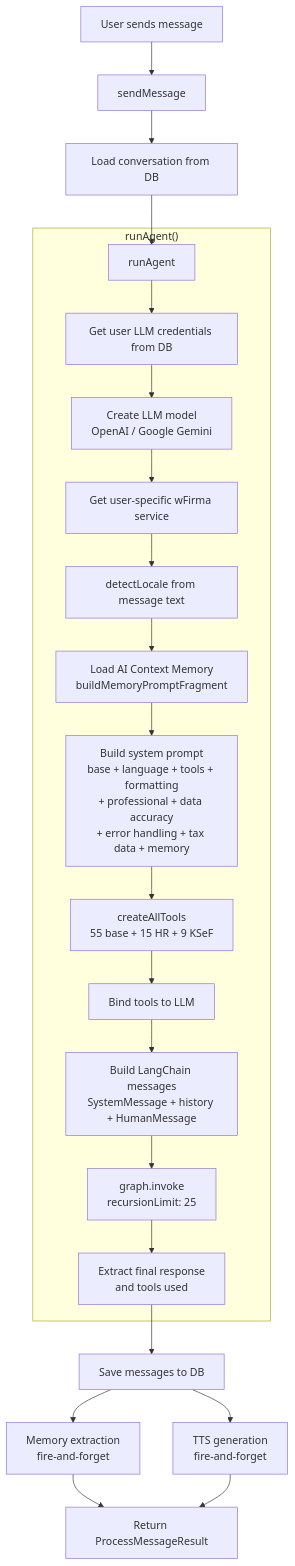
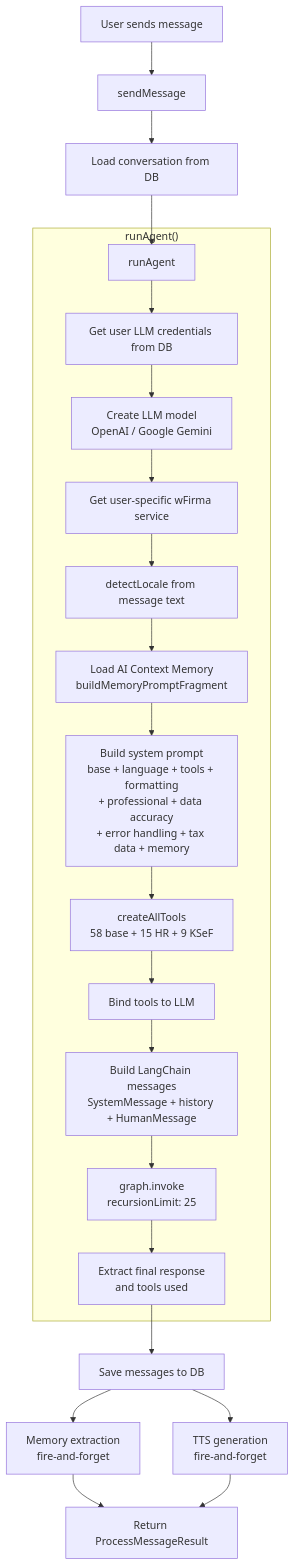
One commit to JealousyM/accounting-ai-agent changed the second of 3 diagrams in docs/AI_AGENTS.md. Above: the diagram before and after it, drawn with Mermaid. The commit also changed other lines of this file and 8 other files, not shown here.

````diff
--- a/docs/AI_AGENTS.md
+++ b/docs/AI_AGENTS.md
@@ -98,26 +98,26 @@
 ```mermaid
 flowchart TD
     A[User sends message] --> B[sendMessage]
     B --> C[Load conversation from DB]
     C --> D[runAgent]
 
     subgraph runAgent ["runAgent()"]
         D --> E[Get user LLM credentials from DB]
         E --> F[Create LLM model<br/>OpenAI / Google Gemini]
         F --> G[Get user-specific wFirma service]
         G --> H[detectLocale from message text]
         H --> I[Load AI Context Memory<br/>buildMemoryPromptFragment]
         I --> J[Build system prompt<br/>base + language + tools + formatting<br/>+ professional + data accuracy<br/>+ error handling + tax data + memory]
-        J --> K[createAllTools<br/>55 base + 15 HR + 9 KSeF]
+        J --> K[createAllTools<br/>58 base + 15 HR + 9 KSeF]
         K --> L[Bind tools to LLM]
         L --> M[Build LangChain messages<br/>SystemMessage + history + HumanMessage]
         M --> N[graph.invoke<br/>recursionLimit: 25]
         N --> O[Extract final response<br/>and tools used]
     end
 
     O --> P[Save messages to DB]
     P --> Q[Memory extraction<br/>fire-and-forget]
     P --> R[TTS generation<br/>fire-and-forget]
     Q --> S[Return ProcessMessageResult]
     R --> S
 ```
````
